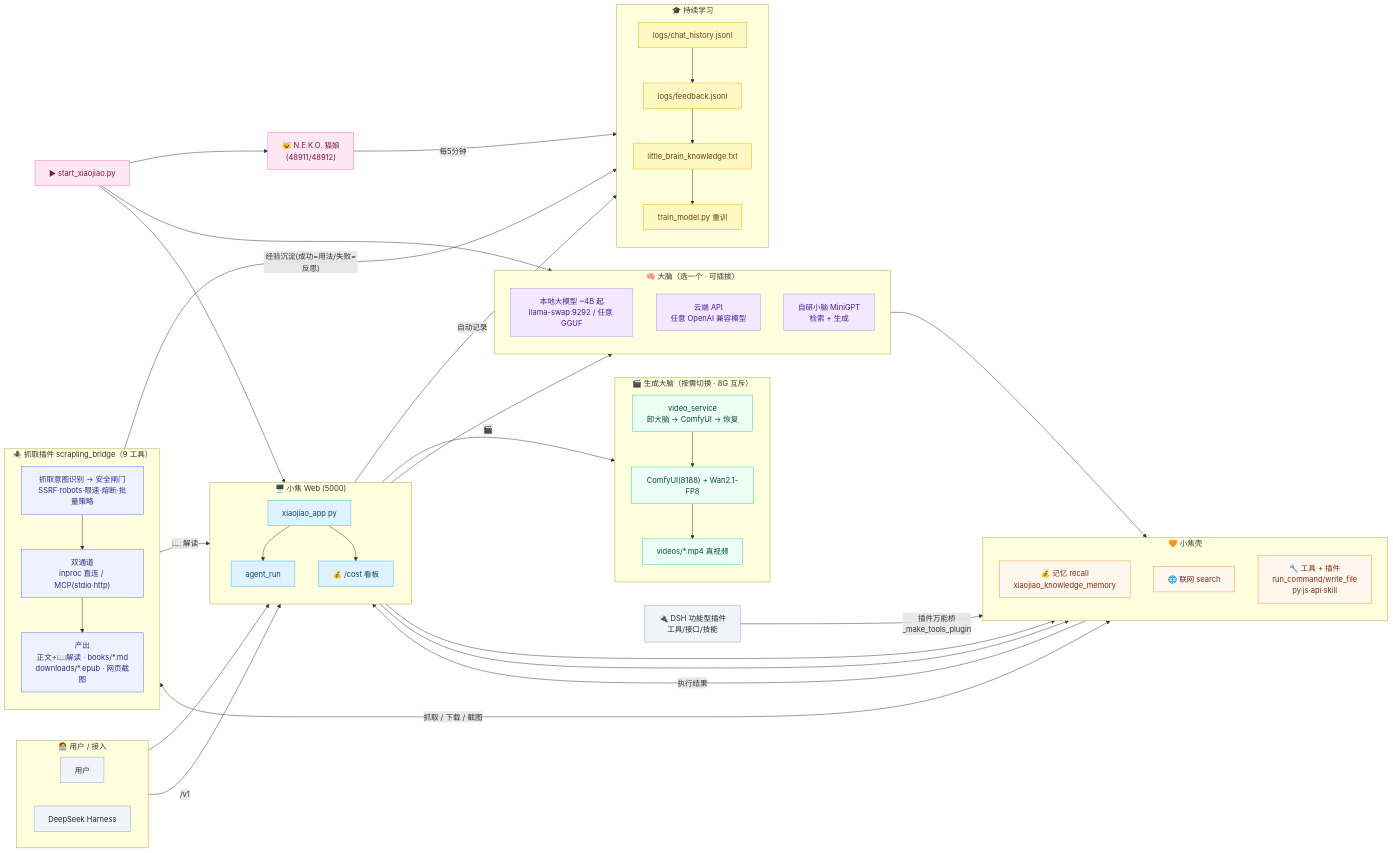
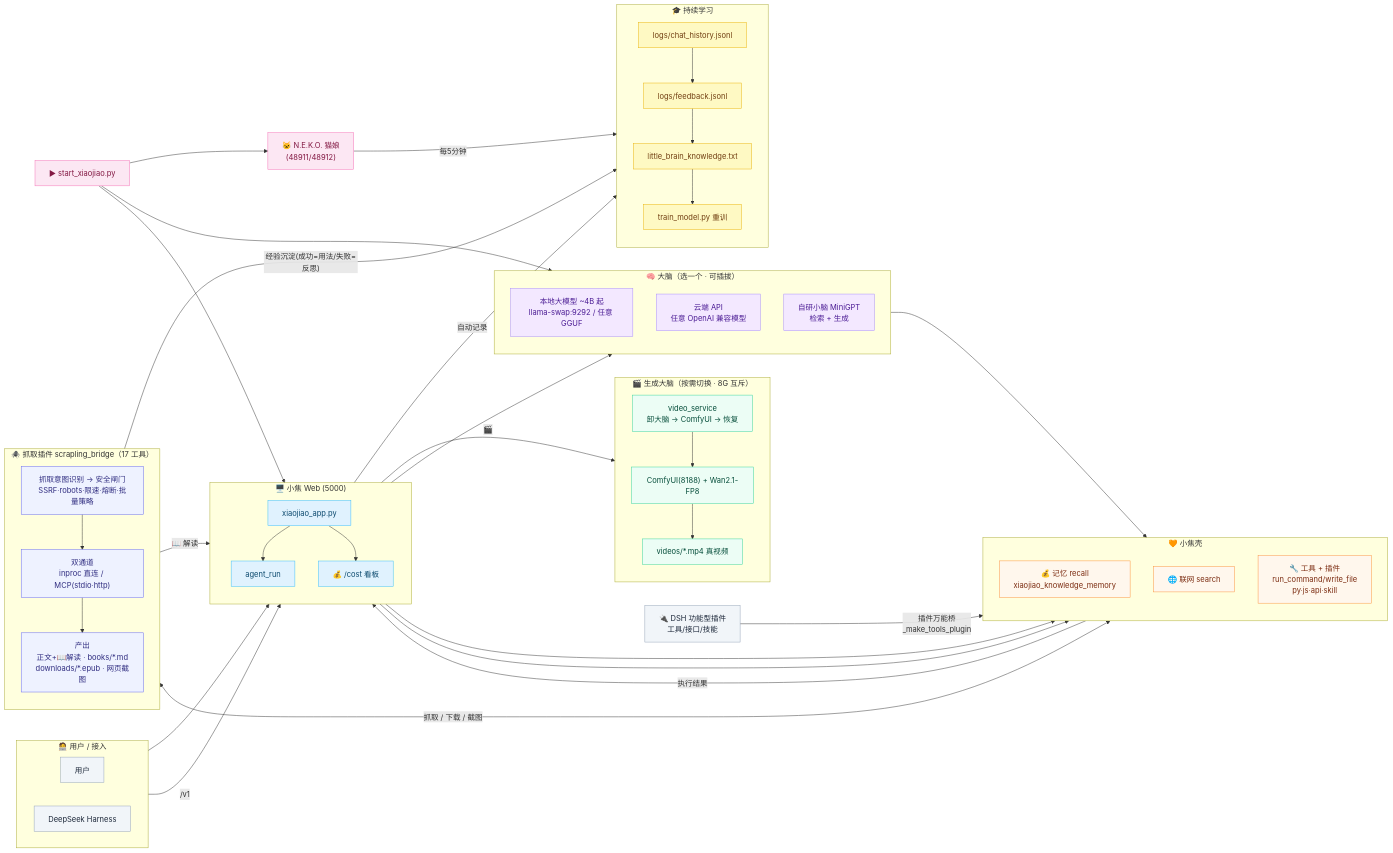
The fifth of 13 diagrams in README.md (jiangchuangege/xiaojiao-harness), drawn with Mermaid before and after one commit. The commit also changed other lines of this file and 4 other files, not shown here.

```diff
--- a/README.md
+++ b/README.md
@@ -633,7 +633,7 @@
         TRAIN["train_model.py 重训"]
     end
 
-    subgraph SCRAPE["🕷️ 抓取插件 scrapling_bridge（9 工具）"]
+    subgraph SCRAPE["🕷️ 抓取插件 scrapling_bridge（17 工具）"]
         direction TB
         SD["抓取意图识别 → 安全闸门<br/>SSRF·robots·限速·熔断·批量策略"]
         SDUAL["双通道<br/>inproc 直连 / MCP(stdio·http)"]
```
